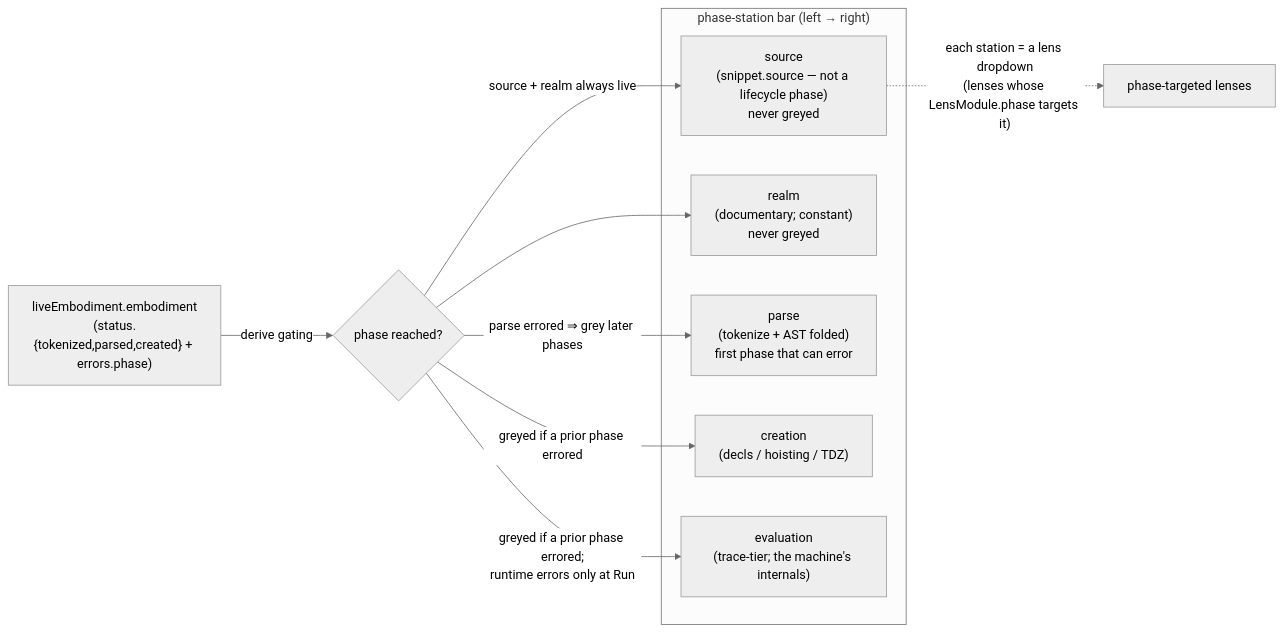
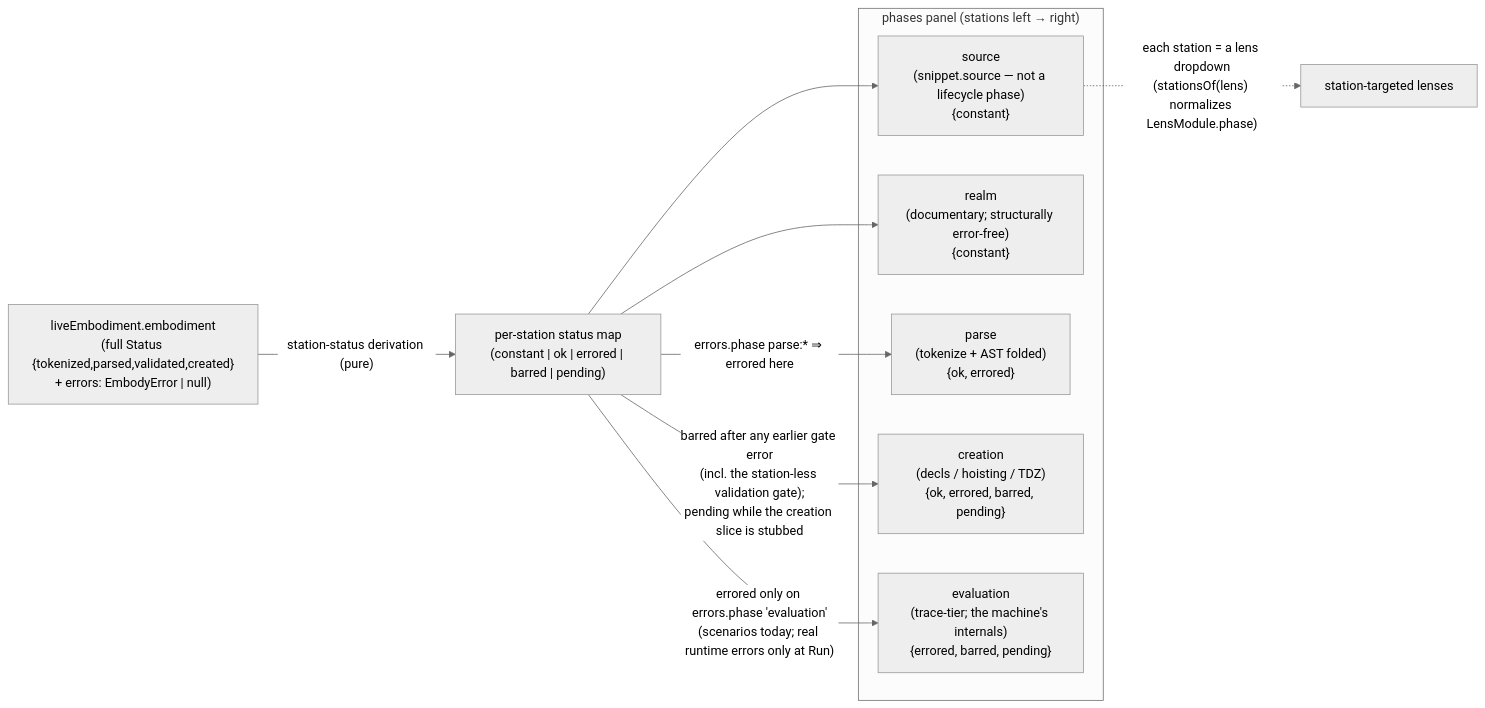
Before and after one commit to codeschoolinabox/curricula: the eighth of 9 diagrams in src/lib/just-enough/javascript/orchestrate/DOCS.md, drawn with Mermaid (neutral theme). The commit also changed other lines of this file and 4 other files, not shown here.

Commit message:
docs: lock Cycle 2 Phase 0 — the phases panel (station-status model, LensModule.phase, selector fate, full-JS lens constraint)

````diff
--- a/src/lib/just-enough/javascript/orchestrate/DOCS.md
+++ b/src/lib/just-enough/javascript/orchestrate/DOCS.md
@@ -510,21 +518,21 @@
 ```mermaid
 flowchart LR
-    Live["liveEmbodiment.embodiment<br/>(status.{tokenized,parsed,created} + errors.phase)"]
-    Live -->|"derive gating"| Gate{"phase reached?"}
+    Live["liveEmbodiment.embodiment<br/>(full Status {tokenized,parsed,validated,created}<br/>+ errors: EmbodyError | null)"]
+    Live -->|"station-status derivation (pure)"| Map["per-station status map<br/>(constant | ok | errored | barred | pending)"]
 
-    subgraph Bar["phase-station bar (left → right)"]
-        Src["source<br/>(snippet.source — not a lifecycle phase)<br/>never greyed"]
-        Realm["realm<br/>(documentary; constant)<br/>never greyed"]
-        Parse["parse<br/>(tokenize + AST folded)<br/>first phase that can error"]
-        Creation["creation<br/>(decls / hoisting / TDZ)"]
-        Eval["evaluation<br/>(trace-tier; the machine's internals)"]
+    subgraph Bar["phases panel (stations left → right)"]
+        Src["source<br/>(snippet.source — not a lifecycle phase)<br/>{constant}"]
+        Realm["realm<br/>(documentary; structurally error-free)<br/>{constant}"]
+        Parse["parse<br/>(tokenize + AST folded)<br/>{ok, errored}"]
+        Creation["creation<br/>(decls / hoisting / TDZ)<br/>{ok, errored, barred, pending}"]
+        Eval["evaluation<br/>(trace-tier; the machine's internals)<br/>{errored, barred, pending}"]
     end
 
-    Gate -->|"source + realm always live"| Src
-    Gate --> Realm
-    Gate -->|"parse errored ⇒ grey later phases"| Parse
-    Gate -->|"greyed if a prior phase errored"| Creation
-    Gate -->|"greyed if a prior phase errored;<br/>runtime errors only at Run"| Eval
+    Map --> Src
+    Map --> Realm
+    Map -->|"errors.phase parse:* ⇒ errored here"| Parse
+    Map -->|"barred after any earlier gate error<br/>(incl. the station-less validation gate);<br/>pending while the creation slice is stubbed"| Creation
+    Map -->|"errored only on errors.phase 'evaluation'<br/>(scenarios today; real runtime errors only at Run)"| Eval
 
-    Src -.->|"each station = a lens dropdown<br/>(lenses whose LensModule.phase targets it)"| Lenses["phase-targeted lenses"]
+    Src -.->|"each station = a lens dropdown<br/>(stationsOf(lens) normalizes LensModule.phase)"| Lenses["station-targeted lenses"]
 ```
````
